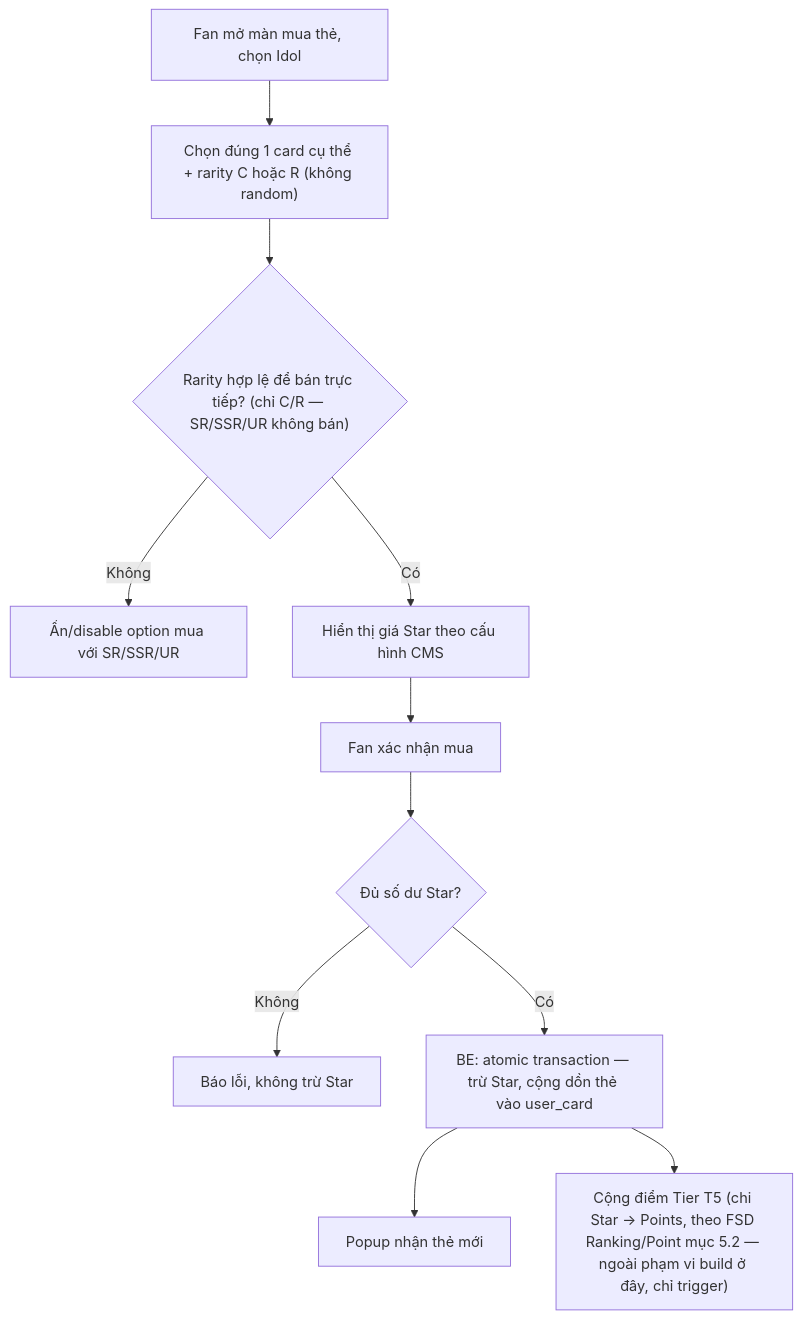
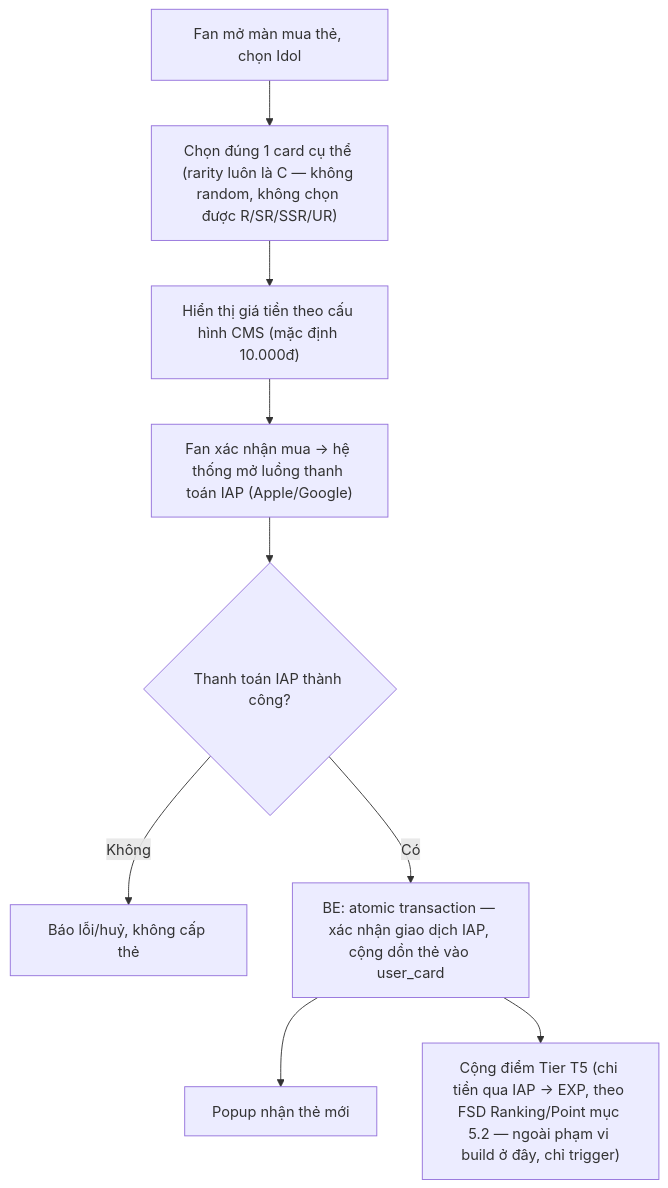
One commit to chrishieu/fana-analysis changed the second of 3 diagrams in FSD_mvp2_Ecard_Collect_Burn.md. Above: the diagram before and after it, drawn with Mermaid. The commit also changed other lines of this file and 1 other file, not shown here.

Commit message:
Refactor FSD for MVP2: Update ranking and point system to use EXP instead of Points, unify EXP accumulation across all idols, and clarify monetary transactions for EXP rewards. Adjust user stories, backend logic, and tier catalog accordingly.

````diff
--- a/FSD_mvp2_Ecard_Collect_Burn.md
+++ b/FSD_mvp2_Ecard_Collect_Burn.md
@@ -115,13 +119,11 @@
 ```mermaid
 flowchart TD
-    A["Fan mở màn mua thẻ, chọn Idol"] --> B["Chọn đúng 1 card cụ thể + rarity C hoặc R (không random)"]
-    B --> C{"Rarity hợp lệ để bán trực tiếp? (chỉ C/R — SR/SSR/UR không bán)"}
-    C -- Không --> D["Ẩn/disable option mua với SR/SSR/UR"]
-    C -- Có --> E["Hiển thị giá Star theo cấu hình CMS"]
-    E --> F["Fan xác nhận mua"]
-    F --> G{"Đủ số dư Star?"}
-    G -- Không --> H["Báo lỗi, không trừ Star"]
-    G -- Có --> I["BE: atomic transaction — trừ Star, cộng dồn thẻ vào user_card"]
-    I --> J["Popup nhận thẻ mới"]
-    I --> K["Cộng điểm Tier T5 (chi Star → Points, theo FSD Ranking/Point mục 5.2 — ngoài phạm vi build ở đây, chỉ trigger)"]
+    A["Fan mở màn mua thẻ, chọn Idol"] --> B["Chọn đúng 1 card cụ thể (rarity luôn là C — không random, không chọn được R/SR/SSR/UR)"]
+    B --> C["Hiển thị giá tiền theo cấu hình CMS (mặc định 10.000đ)"]
+    C --> D["Fan xác nhận mua → hệ thống mở luồng thanh toán IAP (Apple/Google)"]
+    D --> E{"Thanh toán IAP thành công?"}
+    E -- Không --> F["Báo lỗi/huỷ, không cấp thẻ"]
+    E -- Có --> G["BE: atomic transaction — xác nhận giao dịch IAP, cộng dồn thẻ vào user_card"]
+    G --> H["Popup nhận thẻ mới"]
+    G --> I["Cộng điểm Tier T5 (chi tiền qua IAP → EXP, theo FSD Ranking/Point mục 5.2 — ngoài phạm vi build ở đây, chỉ trigger)"]
 ```
````
